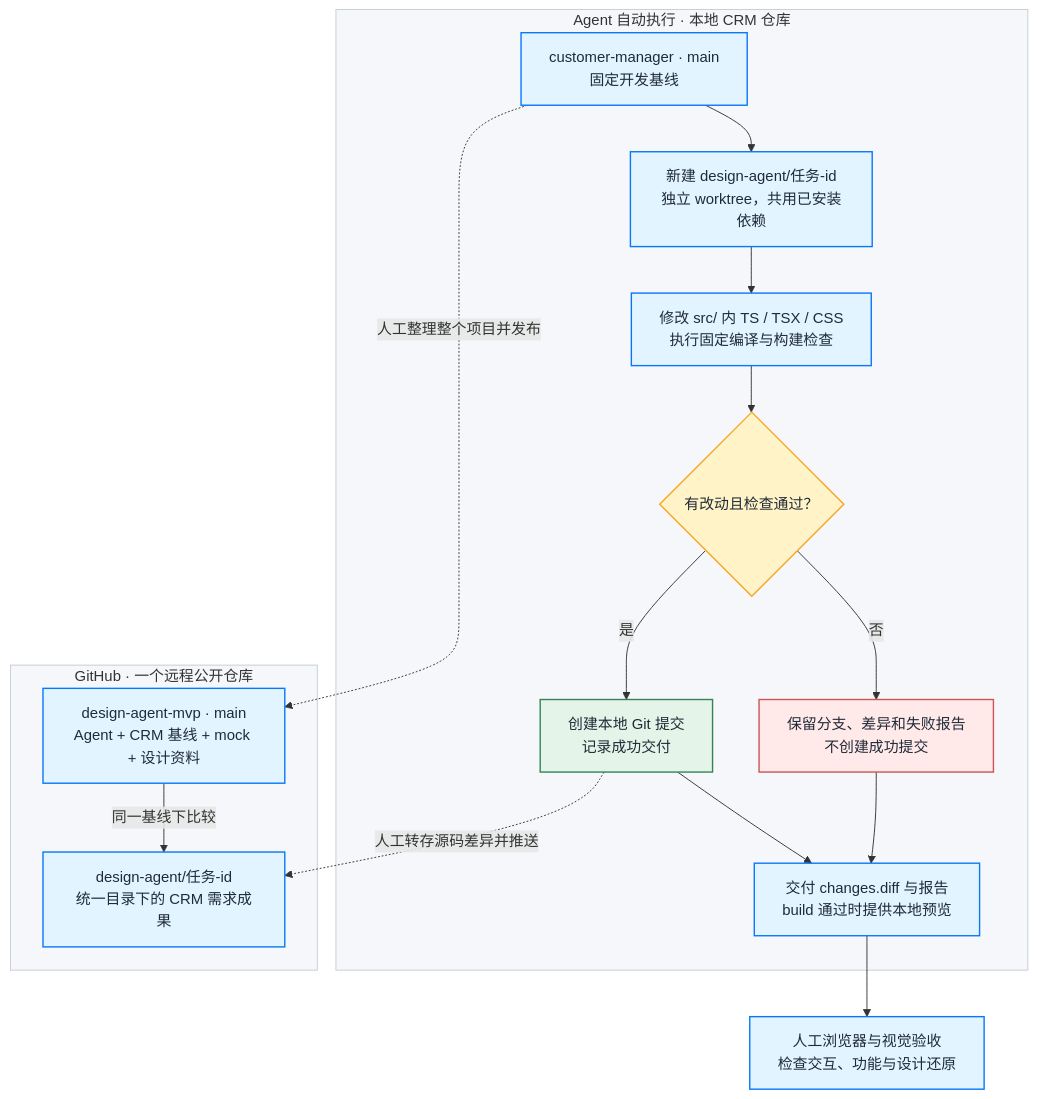
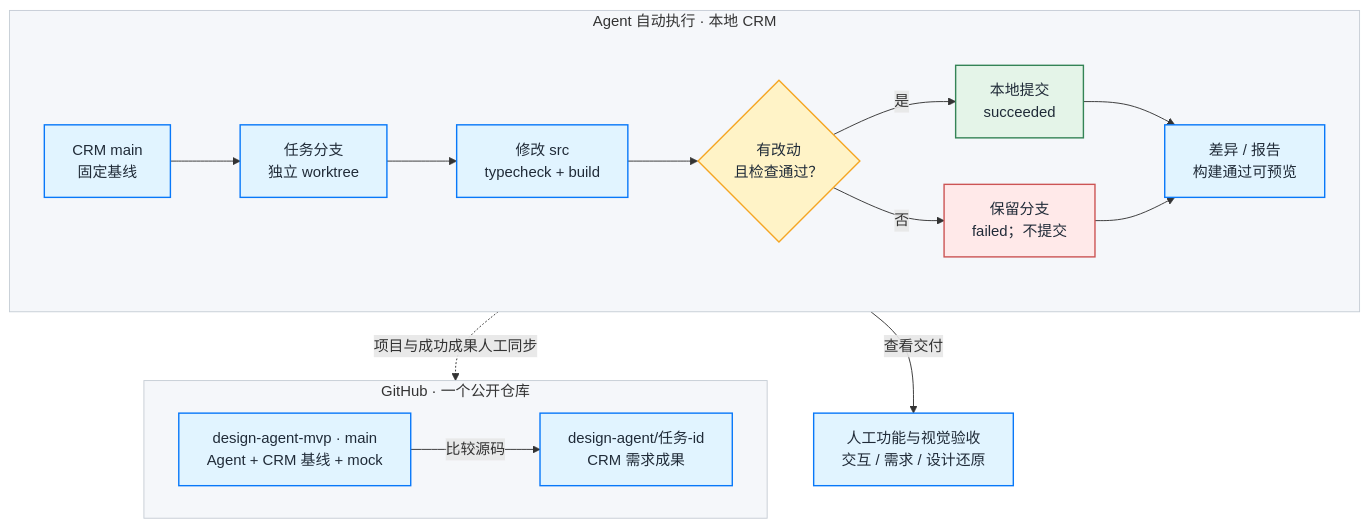
One commit to BruceZM/design-agent-mvp changed the fifth of 5 diagrams in docs/项目流程图.md. Above: the diagram before and after it, drawn with Mermaid. The commit also changed other lines of this file and 18 other files, not shown here.

Commit message:
Fit diagrams to screen and focus Agent execution guide

````diff
--- a/docs/项目流程图.md
+++ b/docs/项目流程图.md
@@ -194,32 +173,33 @@
 ```mermaid
 flowchart TB
-    accTitle: 本地 Git 隔离开发与一个远程仓库的交付关系
-    accDescr: Agent 自动在 CRM worktree 中开发并提交成功结果；公开仓库中的统一目录和任务分支由人工整理推送，不属于后台自动流程。
-    subgraph LOCAL[Agent 自动执行 · 本地 CRM 仓库]
-        BASE["customer-manager · main<br/>固定开发基线"] --> WT["新建 design-agent/任务-id<br/>独立 worktree，共用已安装依赖"]
-        WT --> CODE["修改 src/ 内 TS / TSX / CSS<br/>执行固定编译与构建检查"]
-        CODE --> GATE{"有改动且检查通过？"}
-        GATE -->|是| COMMIT["创建本地 Git 提交<br/>记录成功交付"]
-        GATE -->|否| KEEP["保留分支、差异和失败报告<br/>不创建成功提交"]
-        COMMIT --> ART["交付 changes.diff 与报告<br/>build 通过时提供本地预览"]
+    accTitle: 本地隔离开发与一个远程仓库的交付关系
+    accDescr: 本地 CRM 任务分支由 Agent 自动开发与检查，通过且有改动才提交；GitHub 的统一目录和成果分支由人工同步，最终功能与视觉由人工验收。
+    subgraph LOCAL[Agent 自动执行 · 本地 CRM]
+        direction LR
+        BASE["CRM main<br/>固定基线"] --> WT["任务分支<br/>独立 worktree"]
+        WT --> CODE["修改 src<br/>typecheck + build"]
+        CODE --> GATE{"有改动<br/>且检查通过？"}
+        GATE -->|是| COMMIT["本地提交<br/>succeeded"]
+        GATE -->|否| KEEP["保留分支<br/>failed；不提交"]
+        COMMIT --> ART["差异 / 报告<br/>构建通过可预览"]
         KEEP --> ART
     end
-    subgraph REMOTE[GitHub · 一个远程公开仓库]
-        MAIN["design-agent-mvp · main<br/>Agent + CRM 基线 + mock + 设计资料"]
-        TASK["design-agent/任务-id<br/>统一目录下的 CRM 需求成果"]
-        MAIN -->|同一基线下比较| TASK
+    subgraph REMOTE[GitHub · 一个公开仓库]
+        direction LR
+        MAIN["design-agent-mvp · main<br/>Agent + CRM 基线 + mock"]
+        TASK["design-agent/任务-id<br/>CRM 需求成果"]
+        MAIN -->|比较源码| TASK
     end
-    BASE -.人工整理整个项目并发布.-> MAIN
-    COMMIT -.人工转存源码差异并推送.-> TASK
-    ART --> REVIEW["人工浏览器与视觉验收<br/>检查交互、功能与设计还原"]
+    LOCAL -.项目与成功成果人工同步.-> REMOTE
+    LOCAL -->|查看交付| REVIEW["人工功能与视觉验收<br/>交互 / 需求 / 设计还原"]
     classDef base fill:#E1F4FF,stroke:#0878F9,color:#202B38,stroke-width:1.5px;
     classDef decision fill:#FFF3C7,stroke:#F5A623,color:#202B38,stroke-width:1.5px;
     classDef success fill:#E4F4E8,stroke:#348456,color:#202B38,stroke-width:1.5px;
     classDef failure fill:#FFE9E9,stroke:#CC5454,color:#202B38,stroke-width:1.5px;
     class BASE,WT,CODE,ART,MAIN,TASK,REVIEW base;
     class GATE decision;
     class COMMIT success;
     class KEEP failure;
     style LOCAL fill:#F5F7FA,stroke:#C6CDD5
     style REMOTE fill:#F5F7FA,stroke:#C6CDD5
 ```
````
